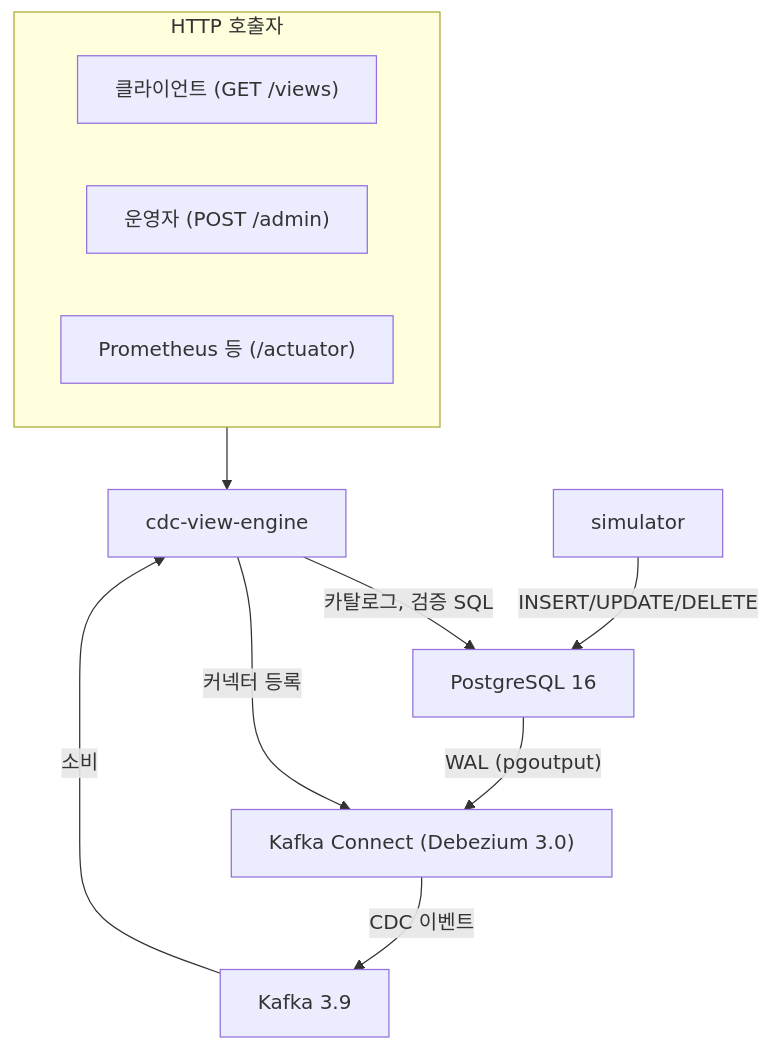
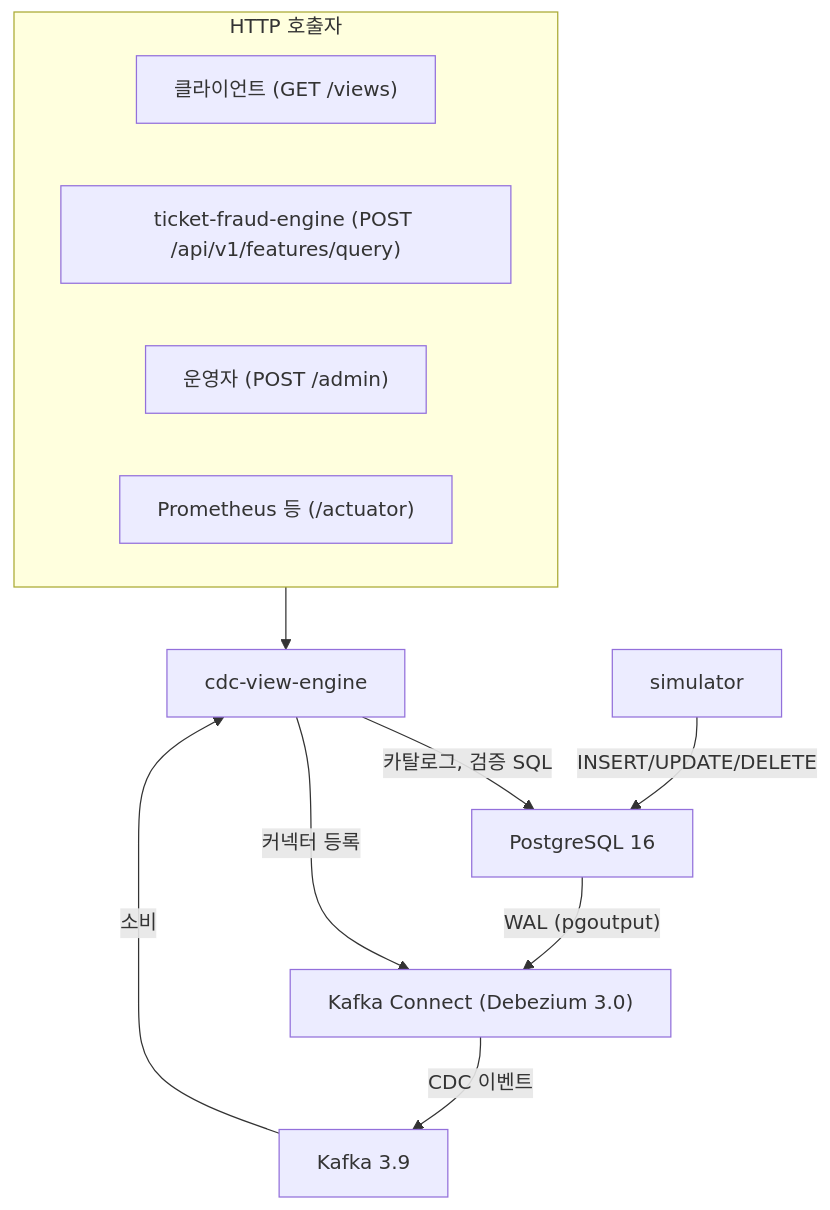
One commit to nini4746/cdc-view-engine changed the first of 9 diagrams in docs/SDS.md. Above: the diagram before and after it, drawn with Mermaid. The commit also changed other lines of this file and 1 other file, not shown here.

Commit message:
docs: sync SRS/SDS with feature query API and count_distinct

````diff
--- a/docs/SDS.md
+++ b/docs/SDS.md
@@ -55,21 +57,22 @@
 ```mermaid
 %%{init: {"flowchart": {"wrappingWidth": 300}}}%%
 flowchart TB
     subgraph callers["HTTP 호출자"]
         CLIENT["클라이언트 (GET /views)"]
+        TFE["ticket-fraud-engine (POST /api/v1/features/query)"]
         OPS["운영자 (POST /admin)"]
         PROM["Prometheus 등 (/actuator)"]
     end
     ENGINE["cdc-view-engine"]
     SIM["simulator"]
     PG["PostgreSQL 16"]
     CONNECT["Kafka Connect (Debezium 3.0)"]
     KAFKA["Kafka 3.9"]
     callers --> ENGINE
     ENGINE -->|"카탈로그, 검증 SQL"| PG
     ENGINE -->|"커넥터 등록"| CONNECT
     SIM -->|"INSERT/UPDATE/DELETE"| PG
     PG -->|"WAL (pgoutput)"| CONNECT
     CONNECT -->|"CDC 이벤트"| KAFKA
     KAFKA -->|"소비"| ENGINE
 ```
````
